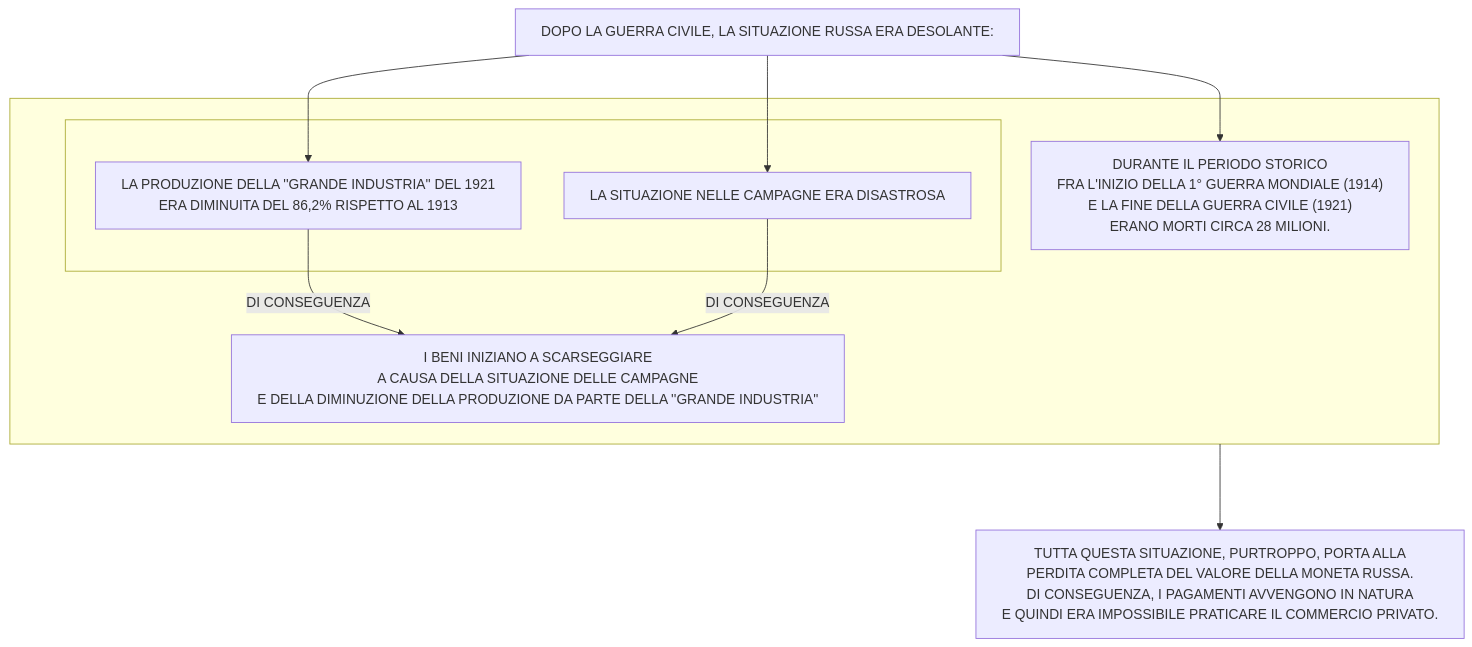
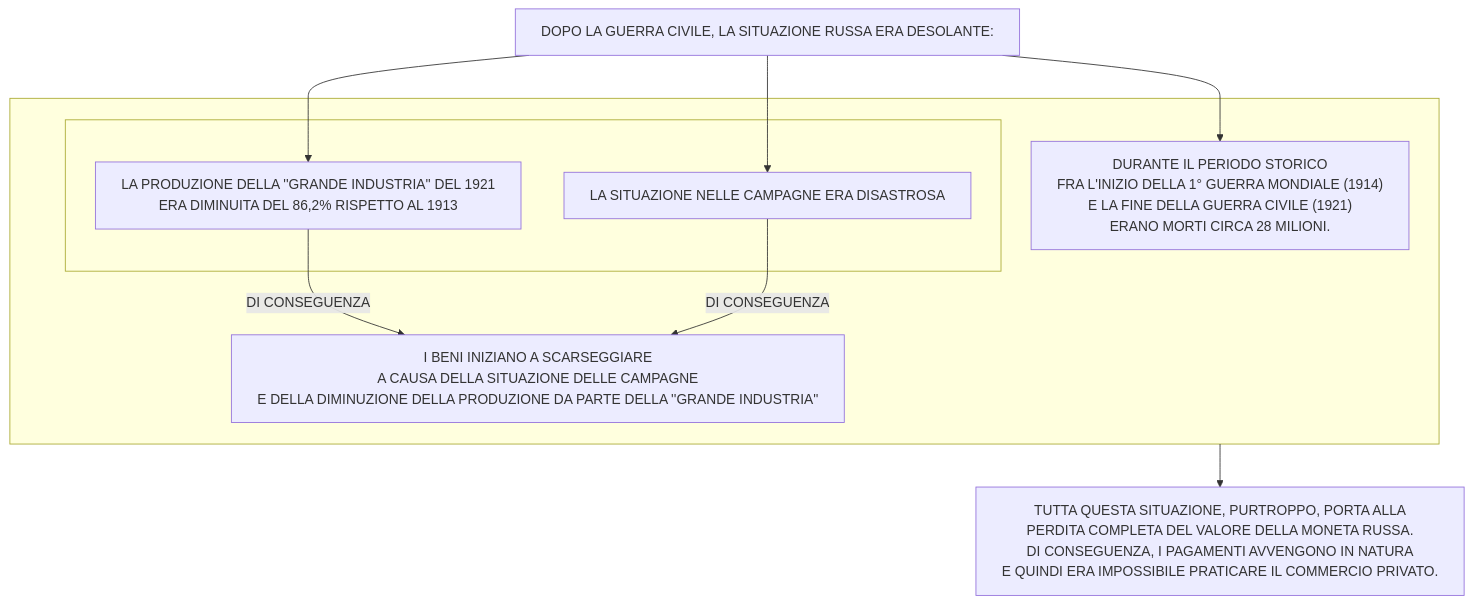
One commit to Laaouatni/ricerca-storia-MermaidJS changed the tenth of 10 diagrams in stalinismoRiscrittura.md. Above: the diagram before and after it, drawn with Mermaid.

````diff
--- a/stalinismoRiscrittura.md
+++ b/stalinismoRiscrittura.md
@@ -176,18 +176,17 @@
 ```mermaid
 %%{init: { "flowchart": { "wrappingWidth": 800 } }}%%
 flowchart TB
   0[DOPO LA GUERRA CIVILE, LA SITUAZIONE RUSSA ERA DESOLANTE:]
   subgraph 6[" "]
     1["DURANTE IL PERIODO STORICO <br> FRA L'INIZIO DELLA 1° GUERRA MONDIALE (1914) <br>E LA FINE DELLA GUERRA CIVILE (1921) <br> ERANO MORTI CIRCA 28 MILIONI."]
     subgraph 4[" "]
       2[LA PRODUZIONE DELLA ''GRANDE INDUSTRIA'' DEL 1921 <br>ERA DIMINUITA DEL 86,2% RISPETTO AL 1913]
       3[LA SITUAZIONE NELLE CAMPAGNE ERA DISASTROSA]
     end
     5[I BENI INIZIANO A SCARSEGGIARE <BR> A CAUSA DELLA SITUAZIONE DELLE CAMPAGNE <BR>E DELLA DIMINUZIONE DELLA PRODUZIONE DA PARTE DELLA ''GRANDE INDUSTRIA'']
   end
   0 --> 1 & 2 & 3
   2 & 3 -->|DI CONSEGUENZA| 5
   7[TUTTA QUESTA SITUAZIONE, PURTROPPO, PORTA ALLA <BR> PERDITA COMPLETA DEL VALORE DELLA MONETA RUSSA. <BR>DI CONSEGUENZA, I PAGAMENTI AVVENGONO IN NATURA <BR> E QUINDI ERA IMPOSSIBILE PRATICARE IL COMMERCIO PRIVATO.]
-  6 ----> 7
-  
+  6 ---> 7
 ```
````
